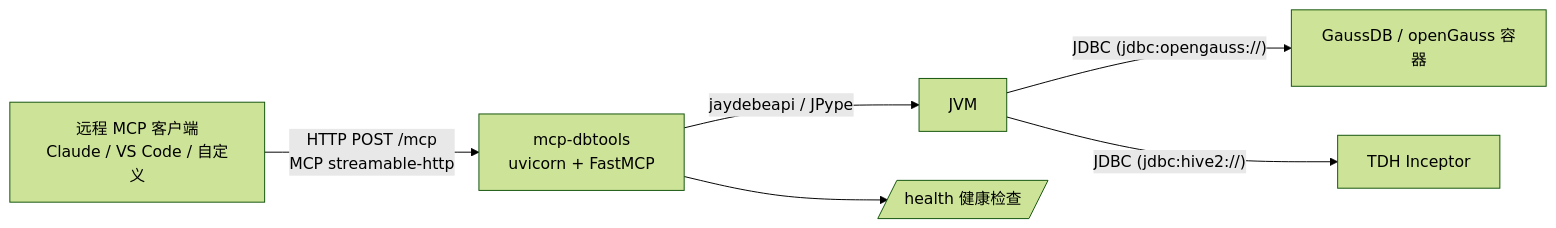
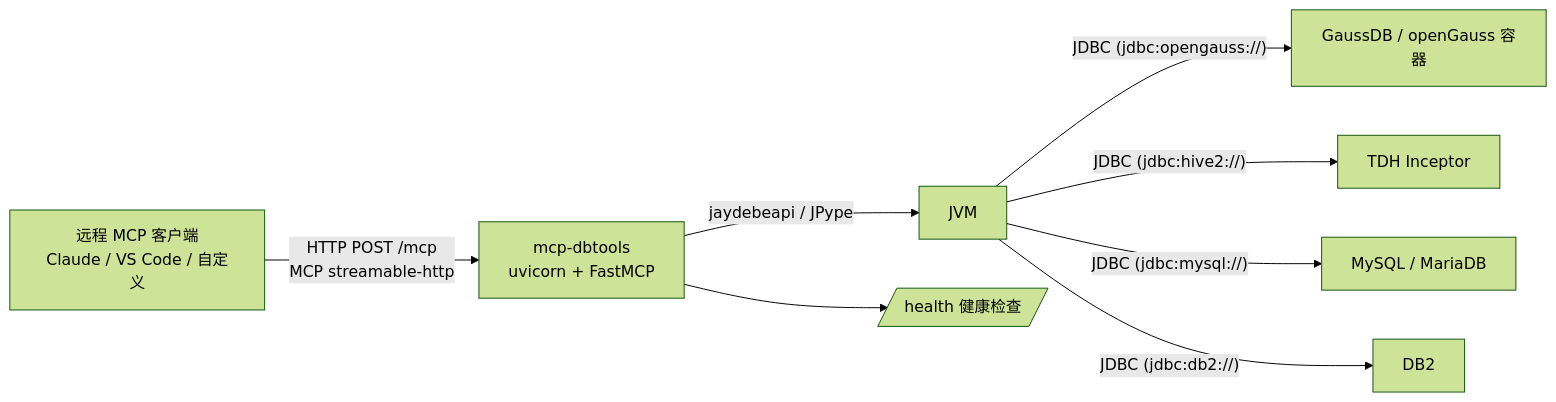
Before and after one commit to livebug/mcp-dbtools: the diagram in README.md, drawn with Mermaid (forest theme). The commit also changed other lines of this file and 5 other files, not shown here.

````diff
--- a/README.md
+++ b/README.md
@@ -47,8 +48,10 @@
 ```mermaid
 flowchart LR
     C[远程 MCP 客户端<br/>Claude / VS Code / 自定义] -- "HTTP POST /mcp<br/>MCP streamable-http" --> S[mcp-dbtools<br/>uvicorn + FastMCP]
     S -- jaydebeapi / JPype --> J[JVM]
     J -- "JDBC (jdbc:opengauss://)" --> G[GaussDB / openGauss 容器]
     J -- "JDBC (jdbc:hive2://)" --> T[TDH Inceptor]
+    J -- "JDBC (jdbc:mysql://)" --> M[MySQL / MariaDB]
+    J -- "JDBC (jdbc:db2://)" --> D[DB2]
     S --> H[/health 健康检查/]
 ```
````
